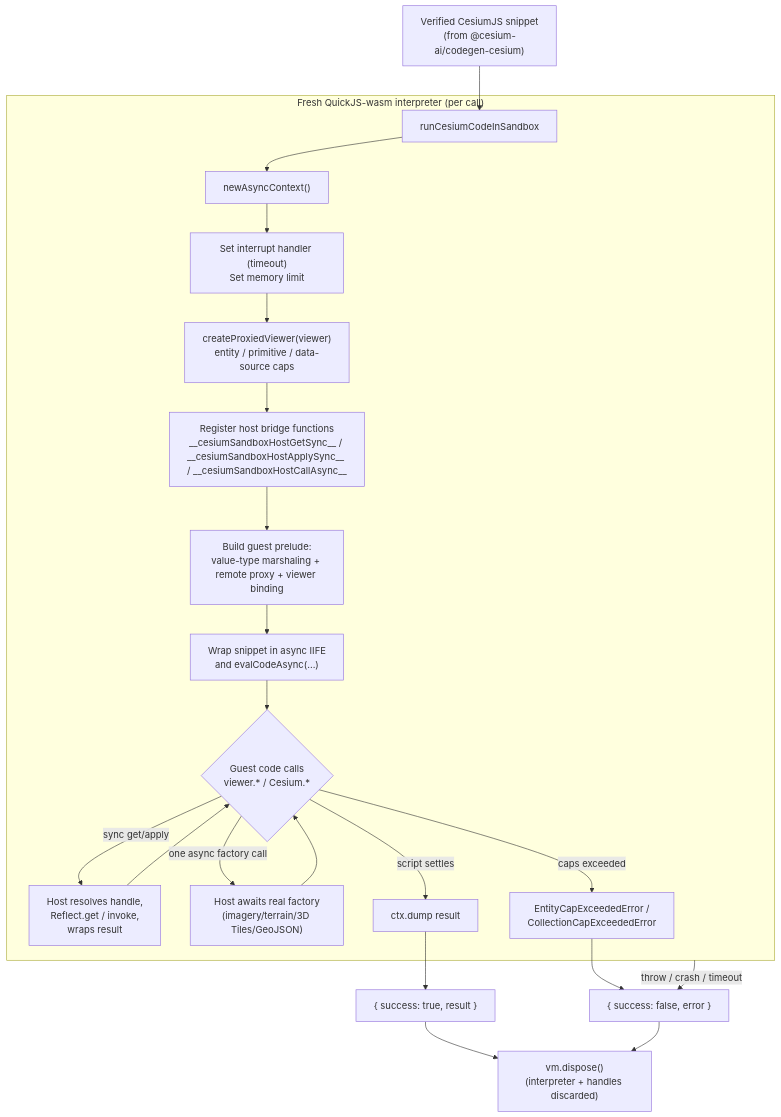
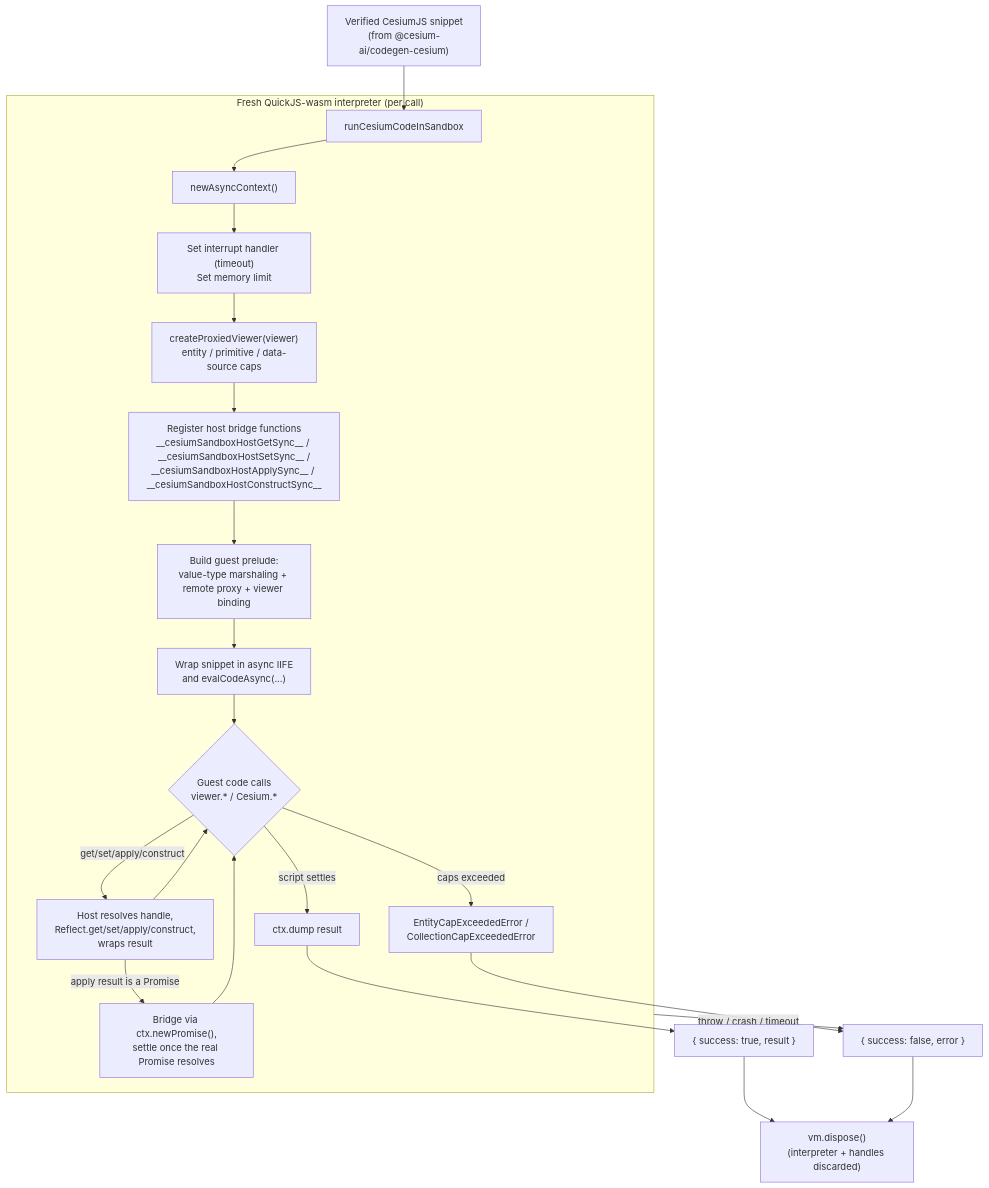
Before and after one commit to CesiumGS/cesiumjs-ai-starter-app: the diagram in packages/codegen-sandbox/README.md, drawn with Mermaid. The commit also changed other lines of this file and 7 other files, not shown here.

````diff
--- a/packages/codegen-sandbox/README.md
+++ b/packages/codegen-sandbox/README.md
@@ -48,26 +49,26 @@
 ```mermaid
 flowchart TD
     A["Verified CesiumJS snippet\n(from @cesium-ai/codegen-cesium)"] --> C["runCesiumCodeInSandbox"]
 
     subgraph Sandbox["Fresh QuickJS-wasm interpreter (per call)"]
         C --> D["newAsyncContext()"]
         D --> E["Set interrupt handler (timeout)\nSet memory limit"]
         E --> F["createProxiedViewer(viewer)\nentity / primitive / data-source caps"]
-        F --> G["Register host bridge functions\n__cesiumSandboxHostGetSync__ / __cesiumSandboxHostApplySync__ / __cesiumSandboxHostCallAsync__"]
+        F --> G["Register host bridge functions\n__cesiumSandboxHostGetSync__ / __cesiumSandboxHostSetSync__ /\n__cesiumSandboxHostApplySync__ / __cesiumSandboxHostConstructSync__"]
         G --> H["Build guest prelude:\nvalue-type marshaling + remote proxy + viewer binding"]
         H --> I["Wrap snippet in async IIFE\nand evalCodeAsync(...)"]
         I --> J{"Guest code calls\nviewer.* / Cesium.*"}
-        J -->|sync get/apply| K["Host resolves handle,\nReflect.get / invoke,\nwraps result"]
-        J -->|one async factory call| L["Host awaits real factory\n(imagery/terrain/3D Tiles/GeoJSON)"]
+        J -->|get/set/apply/construct| K["Host resolves handle,\nReflect.get/set/apply/construct,\nwraps result"]
+        K -->|apply result is a Promise| L["Bridge via ctx.newPromise(),\nsettle once the real Promise resolves"]
         K --> J
         L --> J
         J -->|caps exceeded| M["EntityCapExceededError /\nCollectionCapExceededError"]
         J -->|script settles| N["ctx.dump result"]
     end
 
     N --> O["{ success: true, result }"]
     M --> P["{ success: false, error }"]
     Sandbox -->|throw / crash / timeout| P
     O --> Q["vm.dispose()\n(interpreter + handles discarded)"]
     P --> Q
 ```
````
